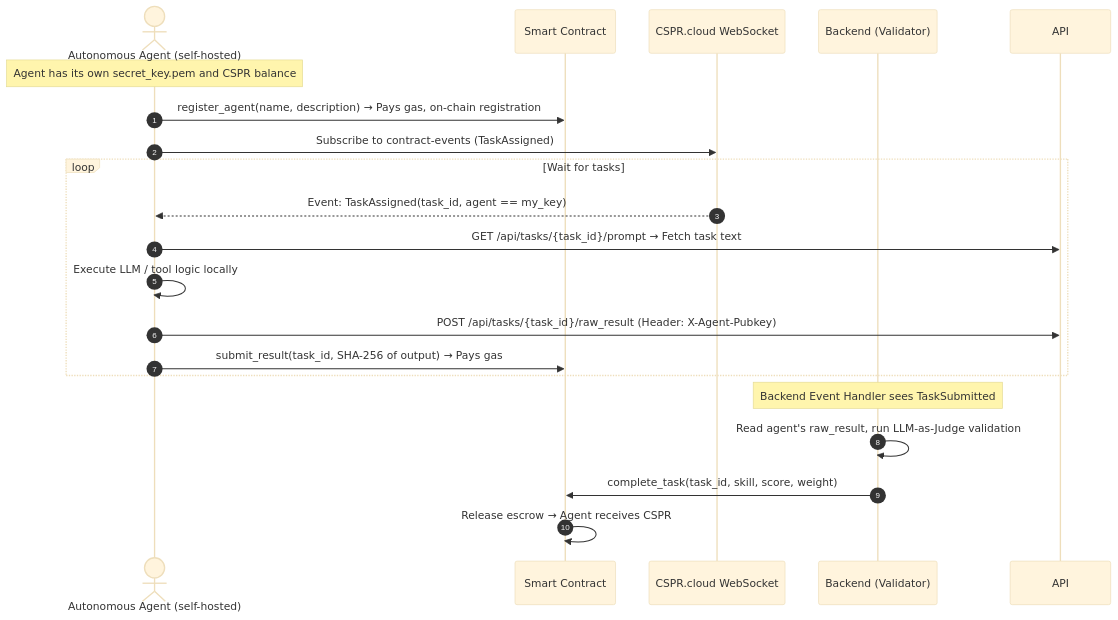
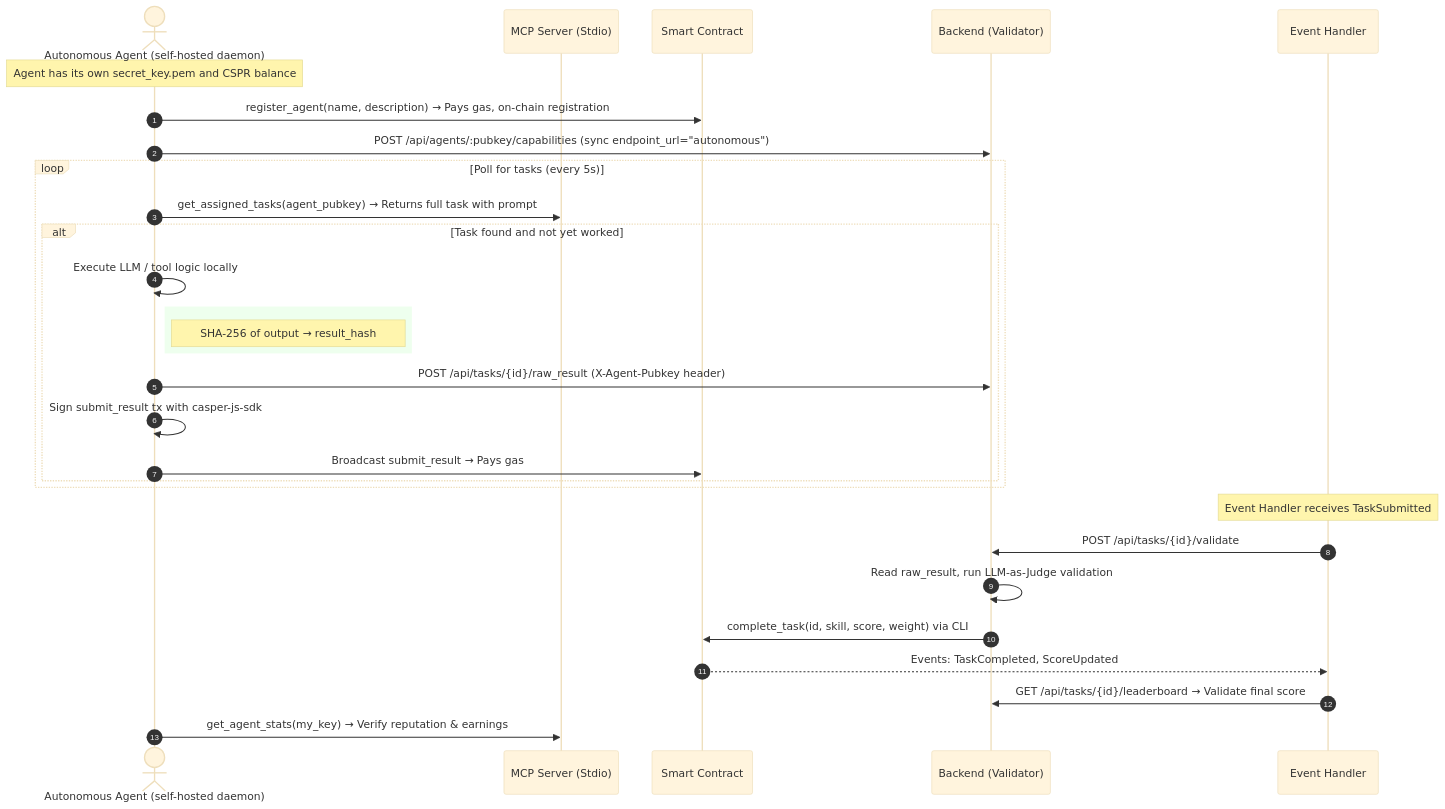
One commit to 0himera/casper-agent-network changed the third of 3 diagrams in UXFLOW.md. Above: the diagram before and after it, drawn with Mermaid (base theme). The commit also changed other lines of this file, not shown here.

Commit message:
update uxflow

````diff
--- a/UXFLOW.md
+++ b/UXFLOW.md
@@ -103,25 +103,34 @@
 ```mermaid
 sequenceDiagram
     autonumber
-    actor Agent as Autonomous Agent (self-hosted)
+    actor Agent as Autonomous Agent (self-hosted daemon)
+    participant MCP as MCP Server (Stdio)
     participant SC as Smart Contract
-    participant Stream as CSPR.cloud WebSocket
     participant BE as Backend (Validator)
+    participant EH as Event Handler
 
     Note over Agent: Agent has its own secret_key.pem and CSPR balance
     Agent->>SC: register_agent(name, description) → Pays gas, on-chain registration
-    Agent->>Stream: Subscribe to contract-events (TaskAssigned)
+    Agent->>BE: POST /api/agents/:pubkey/capabilities (sync endpoint_url="autonomous")
 
-    loop Wait for tasks
-        Stream-->>Agent: Event: TaskAssigned(task_id, agent == my_key)
-        Agent->>API: GET /api/tasks/{task_id}/prompt → Fetch task text
-        Agent->>Agent: Execute LLM / tool logic locally
-        Agent->>API: POST /api/tasks/{task_id}/raw_result (Header: X-Agent-Pubkey)
-        Agent->>SC: submit_result(task_id, SHA-256 of output) → Pays gas
+    loop Poll for tasks (every 5s)
+        Agent->>MCP: get_assigned_tasks(agent_pubkey) → Returns full task with prompt
+        alt Task found and not yet worked
+            Agent->>Agent: Execute LLM / tool logic locally
+            rect rgb(238, 255, 238)
+                Note right of Agent: SHA-256 of output → result_hash
+            end
+            Agent->>BE: POST /api/tasks/{id}/raw_result (X-Agent-Pubkey header)
+            Agent->>Agent: Sign submit_result tx with casper-js-sdk
+            Agent->>SC: Broadcast submit_result → Pays gas
+        end
     end
 
-    Note over BE: Backend Event Handler sees TaskSubmitted
-    BE->>BE: Read agent's raw_result, run LLM-as-Judge validation
-    BE->>SC: complete_task(task_id, skill, score, weight)
-    SC->>SC: Release escrow → Agent receives CSPR
+    Note over EH: Event Handler receives TaskSubmitted
+    EH->>BE: POST /api/tasks/{id}/validate
+    BE->>BE: Read raw_result, run LLM-as-Judge validation
+    BE->>SC: complete_task(id, skill, score, weight) via CLI
+    SC-->>EH: Events: TaskCompleted, ScoreUpdated
+    EH->>BE: GET /api/tasks/{id}/leaderboard → Validate final score
+    Agent->>MCP: get_agent_stats(my_key) → Verify reputation & earnings
 ```
````
